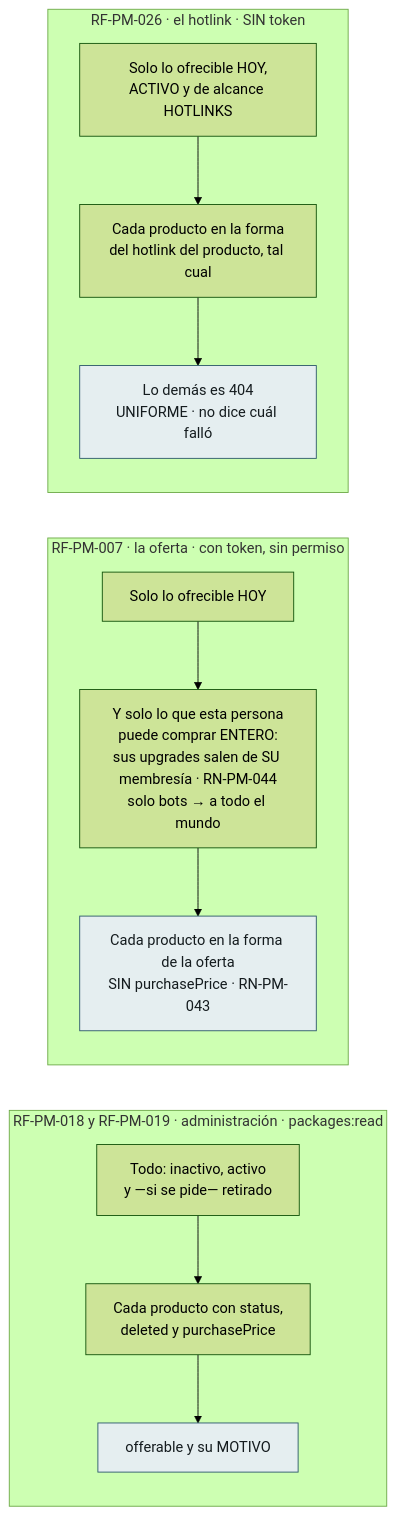
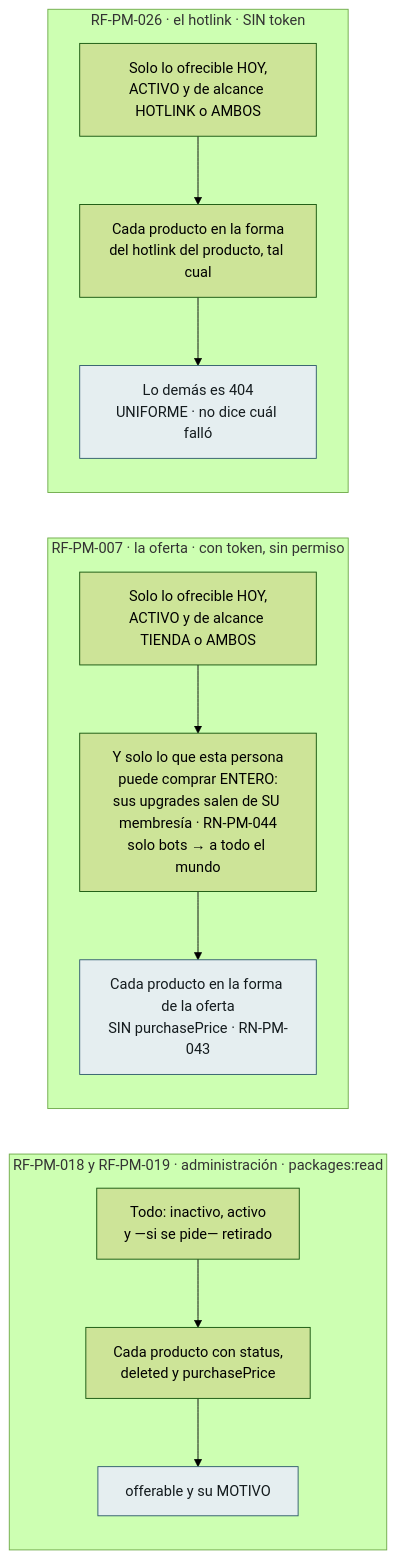
One commit to NexusPro-Dev/backend changed the seventh of 8 diagrams in docs/flujos/pm/flujos-del-modulo.md. Above: the diagram before and after it, drawn with Mermaid (forest theme). The commit also changed other lines of this file and 31 other files, not shown here.

````diff
--- a/docs/flujos/pm/flujos-del-modulo.md
+++ b/docs/flujos/pm/flujos-del-modulo.md
@@ -226,20 +226,20 @@
 ```mermaid
 flowchart LR
     subgraph ADM["RF-PM-018 y RF-PM-019 · administración · packages:read"]
         A1["Todo: inactivo, activo<br/>y —si se pide— retirado"] --> A2["Cada producto con status,<br/>deleted y purchasePrice"]
         A2 --> A3["offerable y su MOTIVO"]
     end
 
     subgraph OF["RF-PM-007 · la oferta · con token, sin permiso"]
-        B1["Solo lo ofrecible HOY"] --> B2["Y solo lo que esta persona<br/>puede comprar ENTERO:<br/>sus upgrades salen de SU membresía · RN-PM-044<br/>solo bots → a todo el mundo"]
+        B1["Solo lo ofrecible HOY,<br/>ACTIVO y de alcance TIENDA o AMBOS"] --> B2["Y solo lo que esta persona<br/>puede comprar ENTERO:<br/>sus upgrades salen de SU membresía · RN-PM-044<br/>solo bots → a todo el mundo"]
         B2 --> B3["Cada producto en la forma de la oferta<br/>SIN purchasePrice · RN-PM-043"]
     end
 
     subgraph HL["RF-PM-026 · el hotlink · SIN token"]
-        C1["Solo lo ofrecible HOY,<br/>ACTIVO y de alcance HOTLINKS"] --> C2["Cada producto en la forma<br/>del hotlink del producto, tal cual"]
+        C1["Solo lo ofrecible HOY,<br/>ACTIVO y de alcance HOTLINK o AMBOS"] --> C2["Cada producto en la forma<br/>del hotlink del producto, tal cual"]
         C2 --> C3["Lo demás es 404<br/>UNIFORME · no dice cuál falló"]
     end
 
     classDef ok fill:#E5EEF0,stroke:#2D5A6B,color:#141B1E
     class A3,B3,C3 ok
 ```
````
